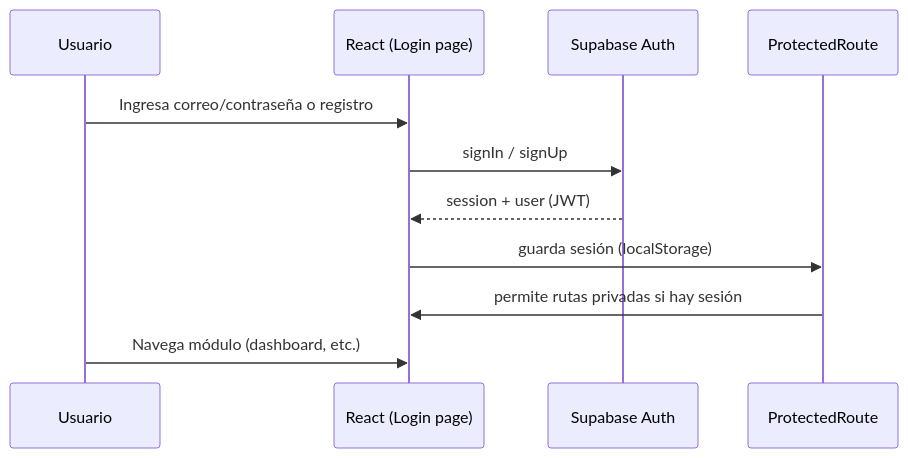
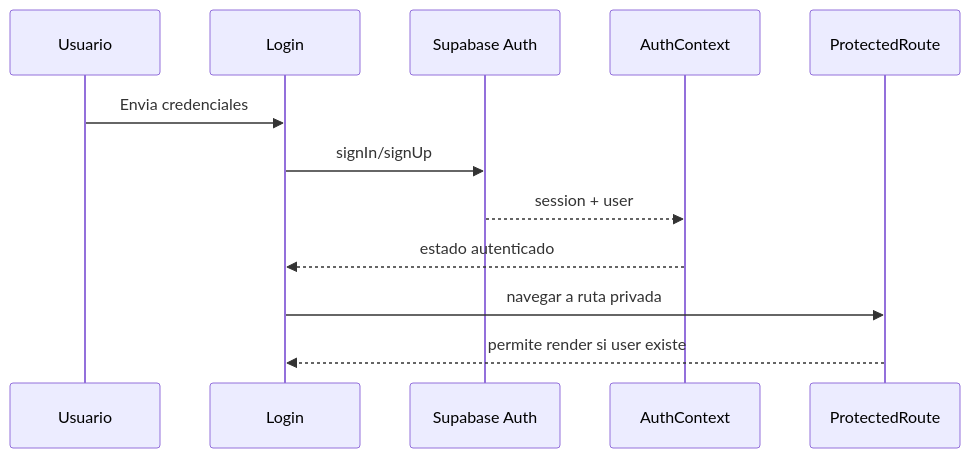
The third of 8 diagrams in docs/diagramas.md (jhojan16/UESvalle-Sistema-de-Gestion), drawn with Mermaid before and after one commit. The commit also changed other lines of this file and 7 other files, not shown here.

````diff
--- a/docs/diagramas.md
+++ b/docs/diagramas.md
@@ -35,14 +67,15 @@
 ```mermaid
 sequenceDiagram
   participant U as Usuario
-  participant SPA as React (Login page)
-  participant Auth as Supabase Auth
-  participant Router as ProtectedRoute
+  participant UI as Login
+  participant AUTH as Supabase Auth
+  participant CTX as AuthContext
+  participant ROUTE as ProtectedRoute
 
-  U->>SPA: Ingresa correo/contraseña o registro
-  SPA->>Auth: signIn / signUp
-  Auth-->>SPA: session + user (JWT)
-  SPA->>Router: guarda sesión (localStorage)
-  Router->>SPA: permite rutas privadas si hay sesión
-  U->>SPA: Navega módulo (dashboard, etc.)
+  U->>UI: Envia credenciales
+  UI->>AUTH: signIn/signUp
+  AUTH-->>CTX: session + user
+  CTX-->>UI: estado autenticado
+  UI->>ROUTE: navegar a ruta privada
+  ROUTE-->>UI: permite render si user existe
 ```
````
